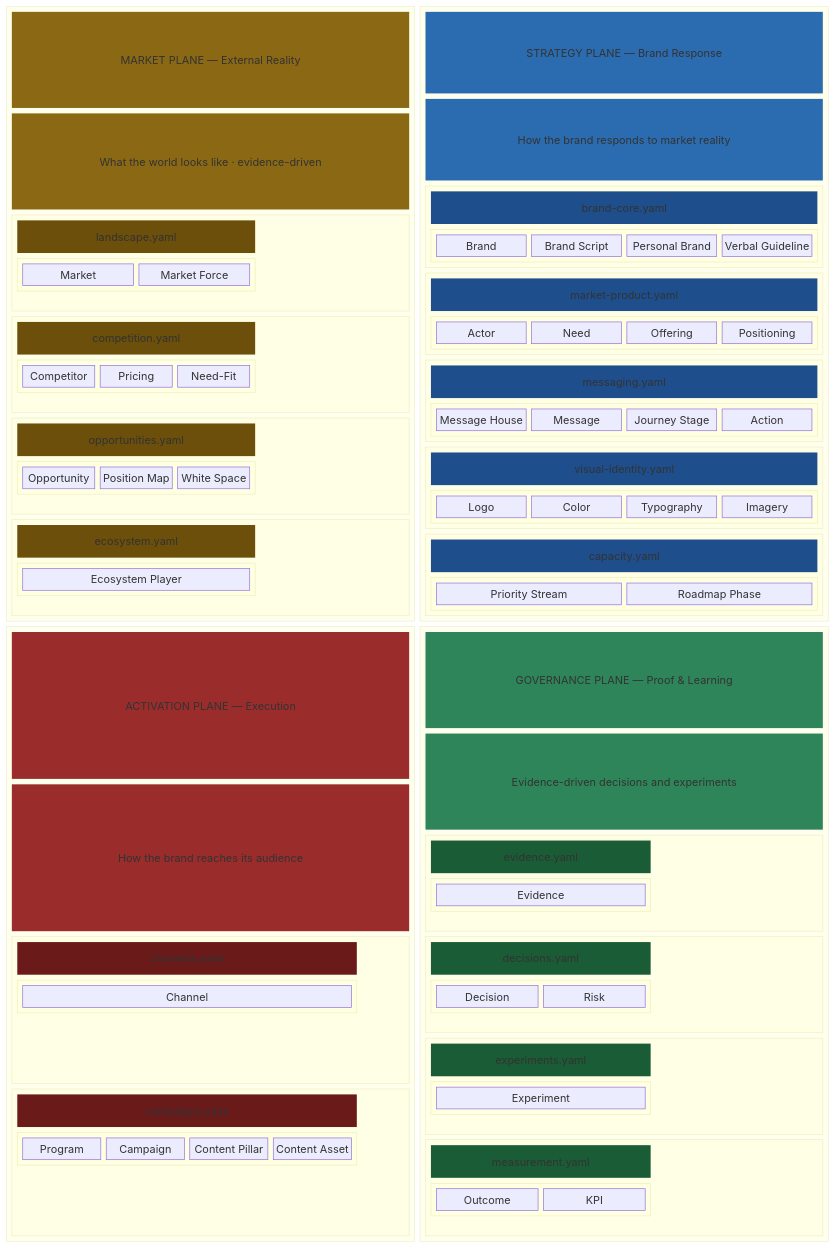
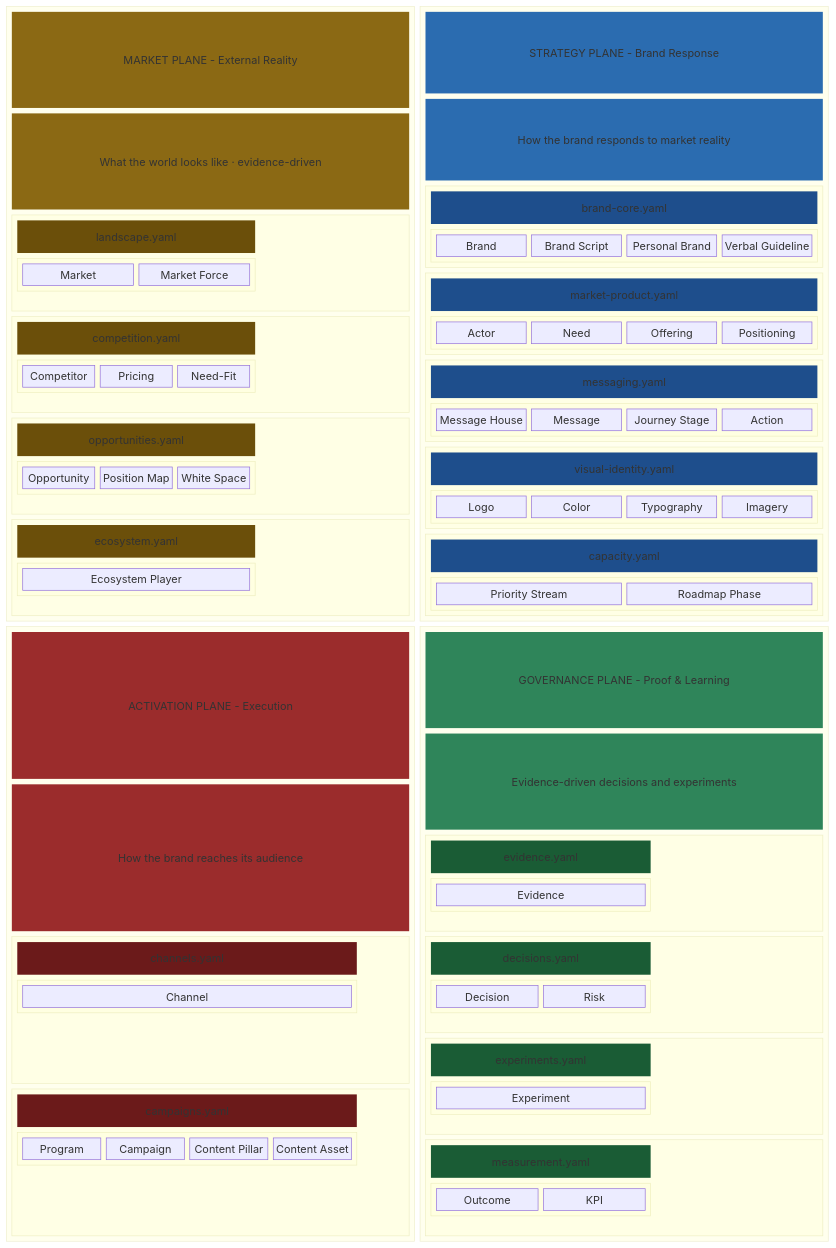
One commit to Archally/brandvoice-schema changed the first of 2 diagrams in README.md. Above: the diagram before and after it, drawn with Mermaid. The commit also changed other lines of this file and 21 other files, not shown here.

Commit message:
Tools: Brandvoice models have query helpers and a checked schema atlas

```diff
--- a/README.md
+++ b/README.md
@@ -125,7 +135,7 @@
 
   block:market
     columns 1
-    mh["MARKET PLANE — External Reality"]
+    mh["MARKET PLANE - External Reality"]
     mp["What the world looks like · evidence-driven"]
 
     block:ls
@@ -168,7 +178,7 @@
 
   block:strategy
     columns 1
-    sh["STRATEGY PLANE — Brand Response"]
+    sh["STRATEGY PLANE - Brand Response"]
     sp["How the brand responds to market reality"]
 
     block:bcs
@@ -227,7 +237,7 @@
 
   block:activation
     columns 1
-    ah["ACTIVATION PLANE — Execution"]
+    ah["ACTIVATION PLANE - Execution"]
     ap["How the brand reaches its audience"]
 
     block:chs
@@ -252,7 +262,7 @@
 
   block:governance
     columns 1
-    gvh["GOVERNANCE PLANE — Proof & Learning"]
+    gvh["GOVERNANCE PLANE - Proof & Learning"]
     gvp["Evidence-driven decisions and experiments"]
 
     block:evs
```
